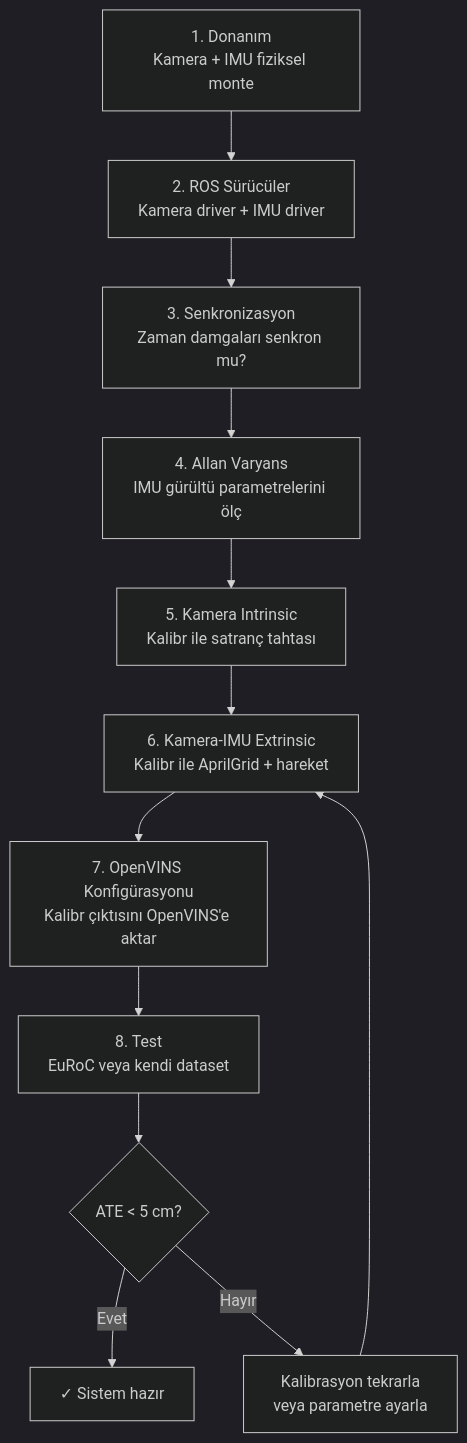
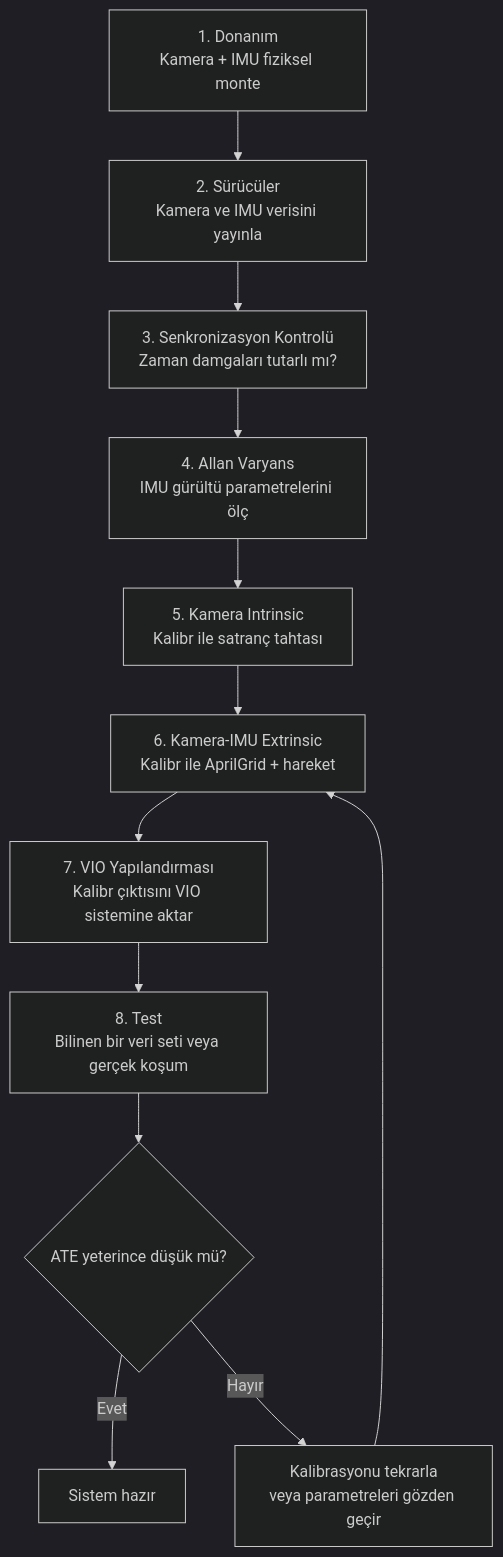
One commit to serkanMzlm/MechatronicsNotebook changed the second of 2 diagrams in docs/md/robotics/vio.md. Above: the diagram before and after it, drawn with Mermaid (dark theme). The commit also changed other lines of this file and 3 other files, not shown here.

````diff
--- a/docs/md/robotics/vio.md
+++ b/docs/md/robotics/vio.md
@@ -742,14 +175,14 @@
 ```mermaid
 flowchart TD
-    A["1. Donanım\nKamera + IMU fiziksel monte"] --> B
-    B["2. ROS Sürücüler\nKamera driver + IMU driver"] --> C
-    C["3. Senkronizasyon\nZaman damgaları senkron mu?"] --> D
-    D["4. Allan Varyans\nIMU gürültü parametrelerini ölç"] --> E
-    E["5. Kamera Intrinsic\nKalibr ile satranç tahtası"] --> F
-    F["6. Kamera-IMU Extrinsic\nKalibr ile AprilGrid + hareket"] --> G
-    G["7. OpenVINS Konfigürasyonu\nKalibr çıktısını OpenVINS'e aktar"] --> H
-    H["8. Test\nEuRoC veya kendi dataset"] --> I{ATE < 5 cm?}
-    I -->|Evet| J["✓ Sistem hazır"]
-    I -->|Hayır| K["Kalibrasyon tekrarla\nveya parametre ayarla"]
+    A["1. Donanım<br/>Kamera + IMU fiziksel monte"] --> B
+    B["2. Sürücüler<br/>Kamera ve IMU verisini yayınla"] --> C
+    C["3. Senkronizasyon Kontrolü<br/>Zaman damgaları tutarlı mı?"] --> D
+    D["4. Allan Varyans<br/>IMU gürültü parametrelerini ölç"] --> E
+    E["5. Kamera Intrinsic<br/>Kalibr ile satranç tahtası"] --> F
+    F["6. Kamera-IMU Extrinsic<br/>Kalibr ile AprilGrid + hareket"] --> G
+    G["7. VIO Yapılandırması<br/>Kalibr çıktısını VIO sistemine aktar"] --> H
+    H["8. Test<br/>Bilinen bir veri seti veya gerçek koşum"] --> I{ATE yeterince düşük mü?}
+    I -->|Evet| J["Sistem hazır"]
+    I -->|Hayır| K["Kalibrasyonu tekrarla<br/>veya parametreleri gözden geçir"]
     K --> F
 ```
````
